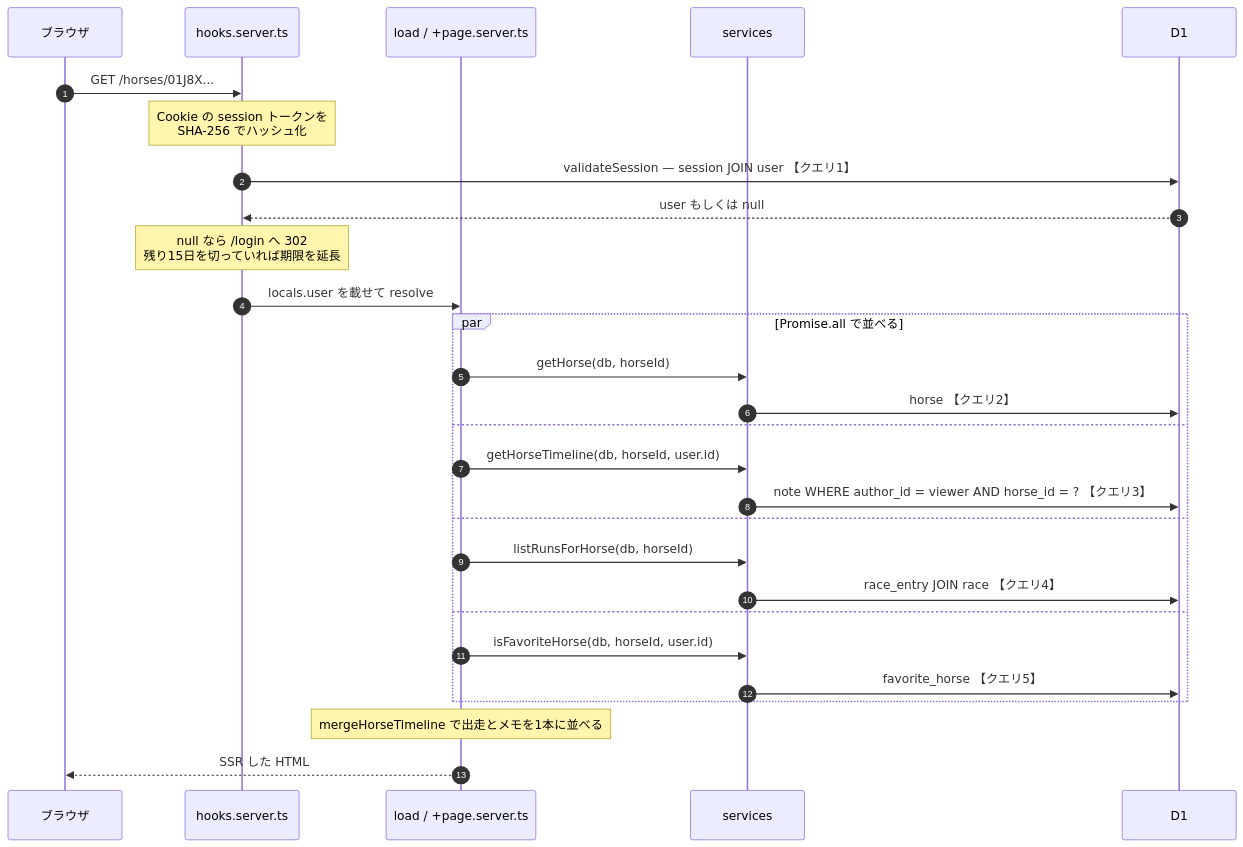
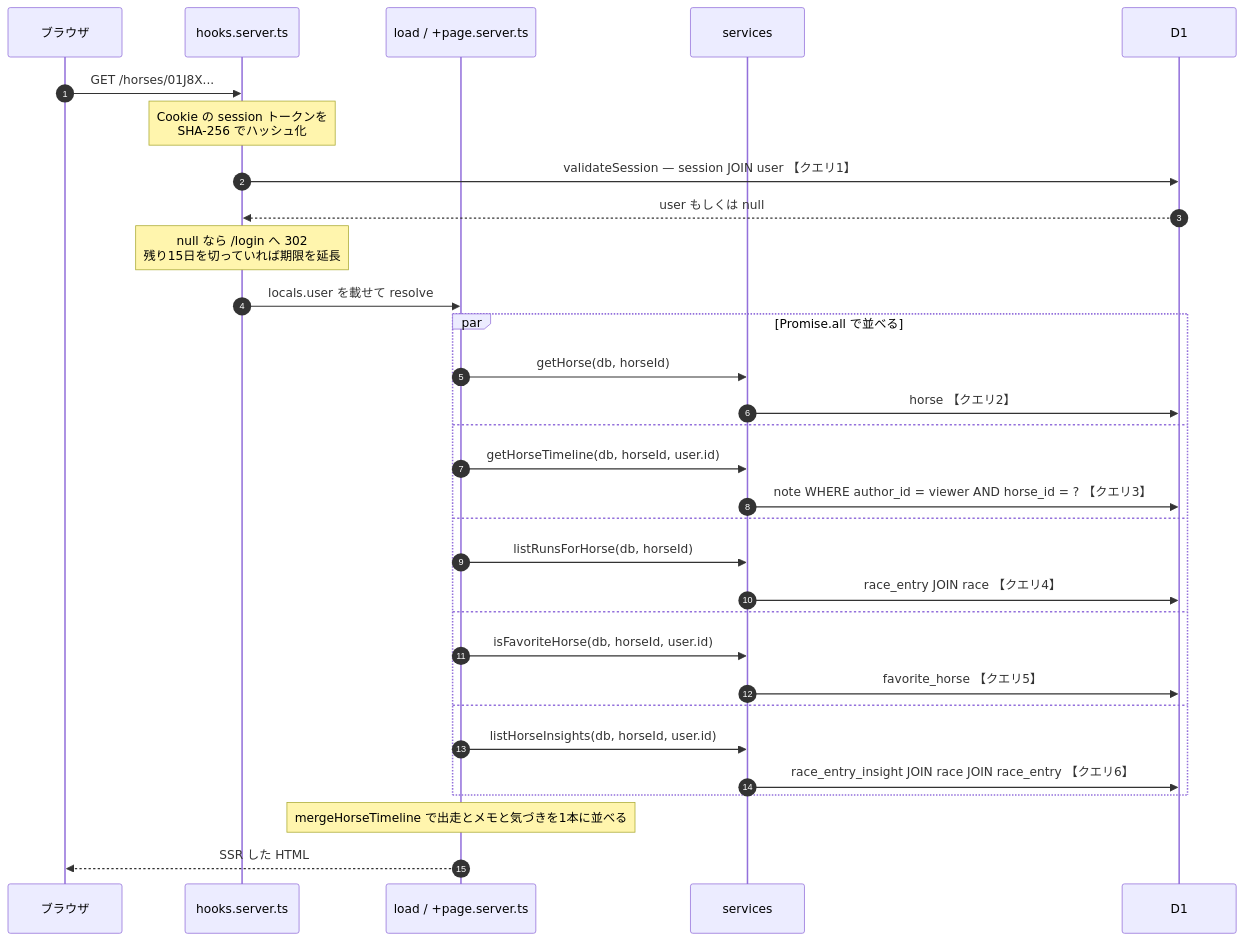
The third of 11 diagrams in docs/architecture.md (Atoyr/keiba-note), drawn with Mermaid before and after one commit. The commit also changed other lines of this file and 24 other files, not shown here.

````diff
--- a/docs/architecture.md
+++ b/docs/architecture.md
@@ -318,31 +318,34 @@
 ```mermaid
 sequenceDiagram
     autonumber
     participant B as ブラウザ
     participant H as hooks.server.ts
     participant L as load / +page.server.ts
     participant S as services
     participant D as D1
 
     B->>H: GET /horses/01J8X...
     Note over H: Cookie の session トークンを<br/>SHA-256 でハッシュ化
     H->>D: validateSession — session JOIN user 【クエリ1】
     D-->>H: user もしくは null
     Note over H: null なら /login へ 302<br/>残り15日を切っていれば期限を延長
     H->>L: locals.user を載せて resolve
     par Promise.all で並べる
         L->>S: getHorse(db, horseId)
         S->>D: horse 【クエリ2】
     and
         L->>S: getHorseTimeline(db, horseId, user.id)
         S->>D: note WHERE author_id = viewer AND horse_id = ? 【クエリ3】
     and
         L->>S: listRunsForHorse(db, horseId)
         S->>D: race_entry JOIN race 【クエリ4】
     and
         L->>S: isFavoriteHorse(db, horseId, user.id)
         S->>D: favorite_horse 【クエリ5】
+    and
+        L->>S: listHorseInsights(db, horseId, user.id)
+        S->>D: race_entry_insight JOIN race JOIN race_entry 【クエリ6】
     end
-    Note over L: mergeHorseTimeline で出走とメモを1本に並べる
+    Note over L: mergeHorseTimeline で出走とメモと気づきを1本に並べる
     L-->>B: SSR した HTML
 ```
````
